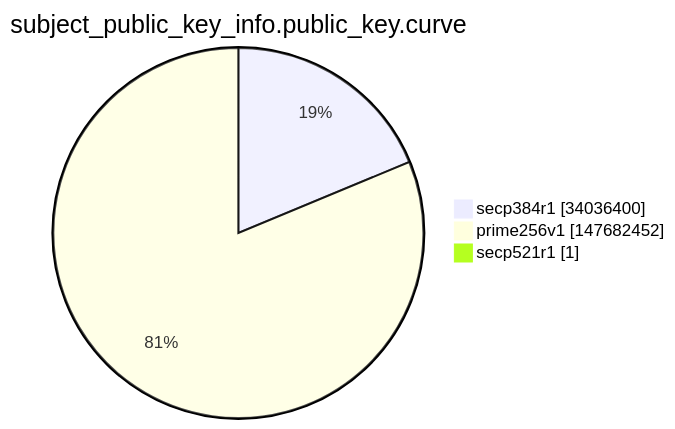
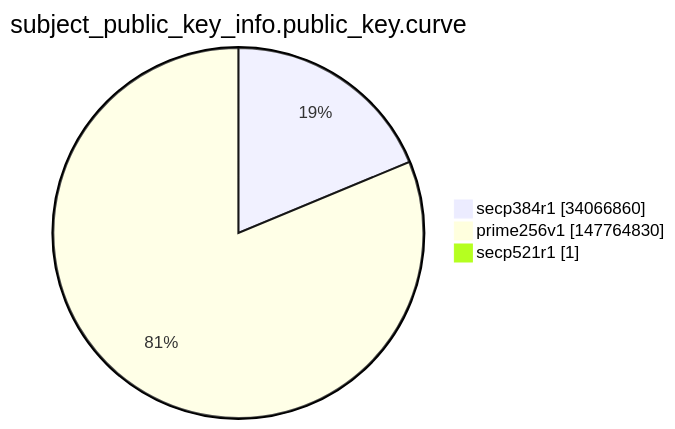
The ninth of 15 diagrams in argon2022/README.md (christiankrug/ctmonitor_visualization), drawn with Mermaid before and after one commit. The commit also changed other lines of this file, not shown here.

````diff
--- a/argon2022/README.md
+++ b/argon2022/README.md
@@ -2764,7 +2764,7 @@
 ```mermaid
 pie showData
 title subject_public_key_info.public_key.curve
-"secp384r1" :34036400
-"prime256v1" :147682452
+"secp384r1" :34066860
+"prime256v1" :147764830
 "secp521r1" :1
 ```
````
